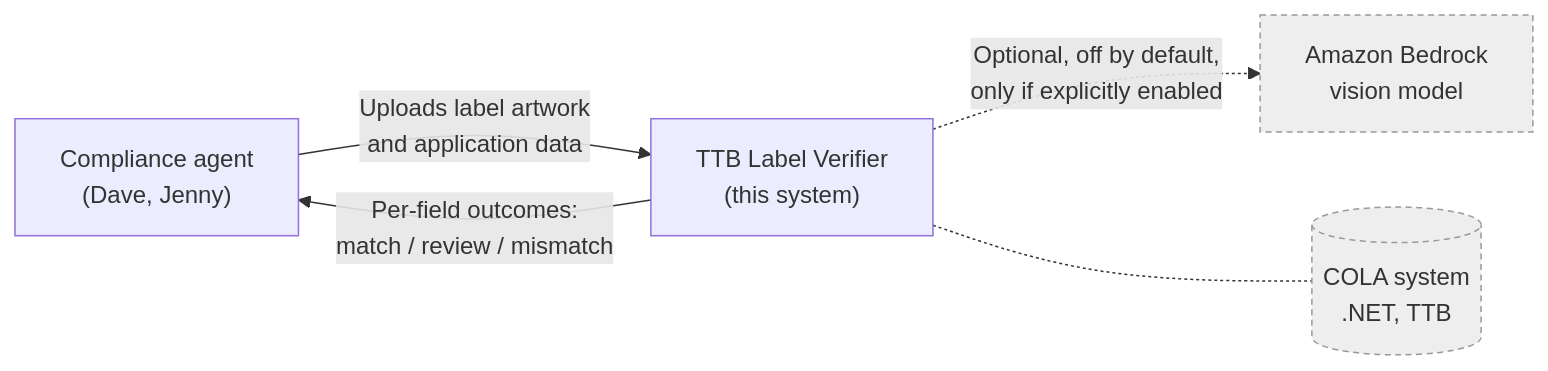
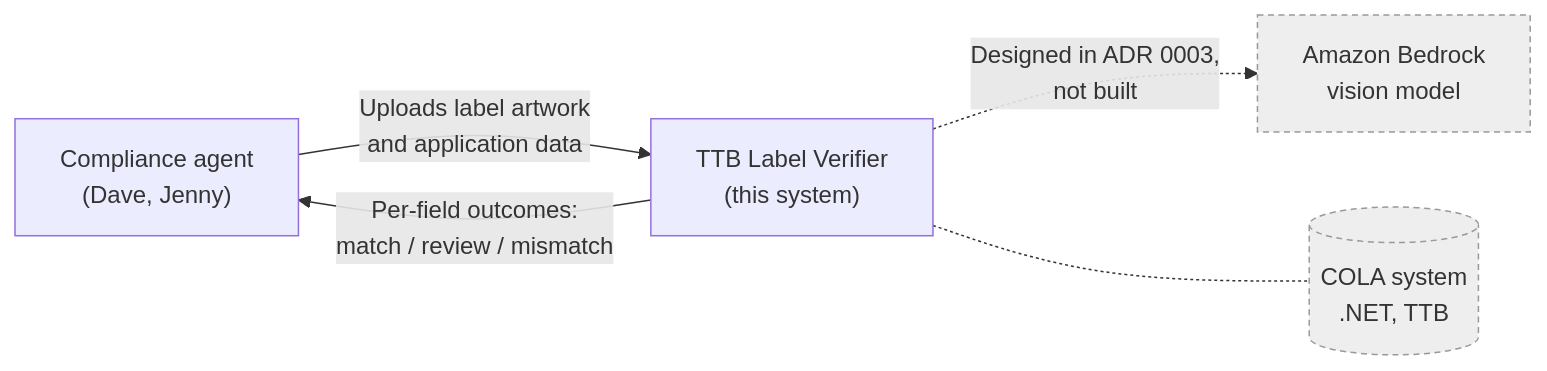
One commit to kimkight/26-DO-12891471-DH_T_ITS_AI_THT changed the first of 4 diagrams in docs/05_ARCHITECTURE.md. Above: the diagram before and after it, drawn with Mermaid. The commit also changed other lines of this file and 36 other files, not shown here.

````diff
--- a/docs/05_ARCHITECTURE.md
+++ b/docs/05_ARCHITECTURE.md
@@ -17,15 +17,15 @@
 ```mermaid
 graph LR
     agent["Compliance agent<br/>(Dave, Jenny)"]
     app["TTB Label Verifier<br/>(this system)"]
     bedrock["Amazon Bedrock<br/>vision model"]
     cola[("COLA system<br/>.NET, TTB")]
 
     agent -->|"Uploads label artwork<br/>and application data"| app
     app -->|"Per-field outcomes:<br/>match / review / mismatch"| agent
-    app -.->|"Optional, off by default,<br/>only if explicitly enabled"| bedrock
+    app -.->|"Designed in ADR 0003,<br/>not built"| bedrock
     app -.- cola
 
     classDef out fill:#eee,stroke:#999,stroke-dasharray:4 3,color:#333;
     class bedrock,cola out;
 ```
````
